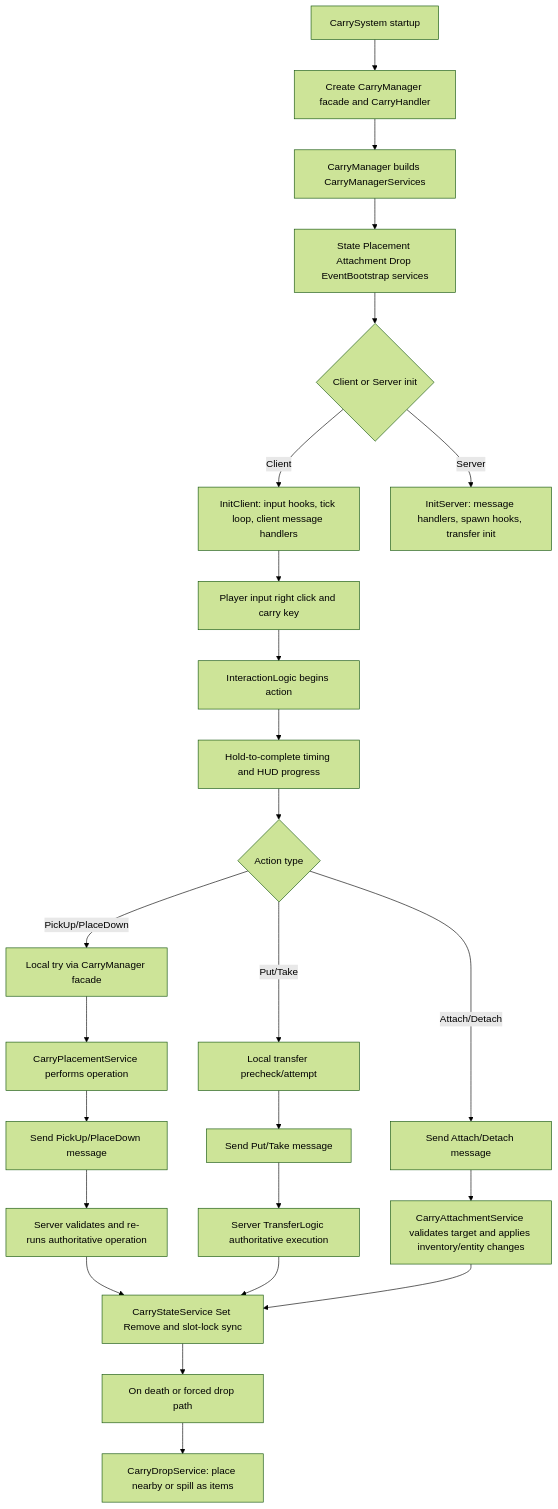
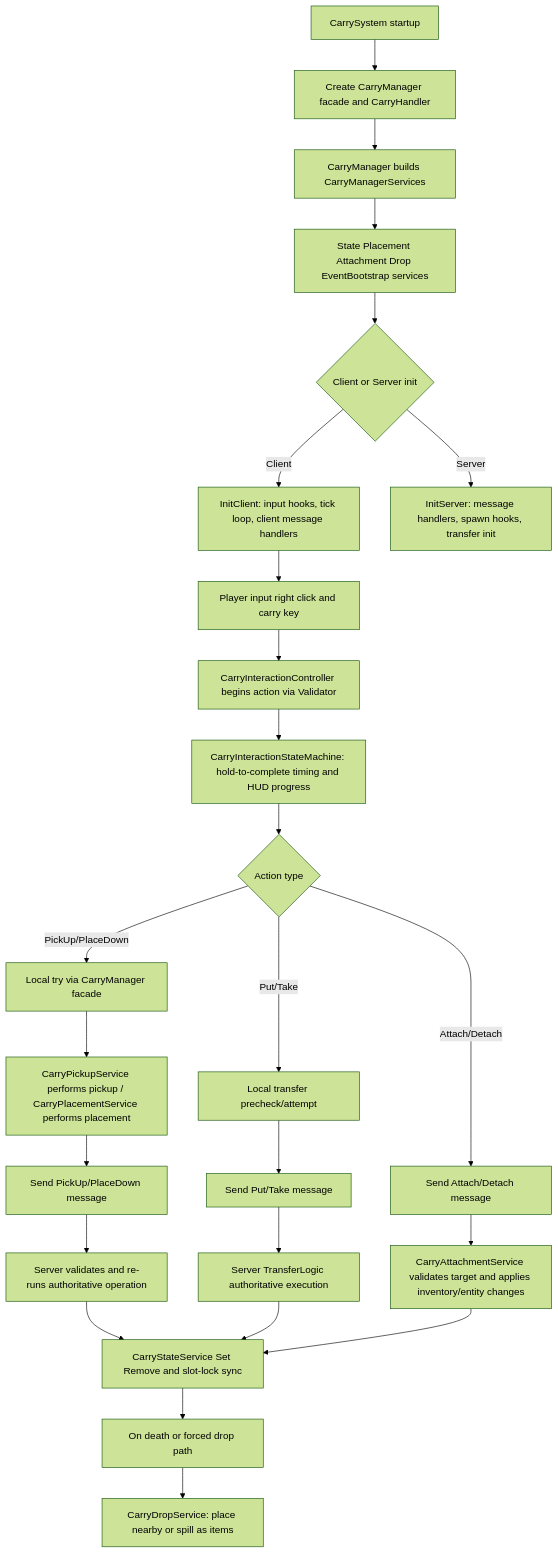
Before and after one commit to NerdScurvy/CarryOn: the diagram in docs/technical-overview/carry-manager-and-handlers.md, drawn with Mermaid (forest theme). The commit also changed other lines of this file and 85 other files, not shown here.

````diff
--- a/docs/technical-overview/carry-manager-and-handlers.md
+++ b/docs/technical-overview/carry-manager-and-handlers.md
@@ -292,33 +307,33 @@
 ```mermaid
 graph TD
   A[CarrySystem startup] --> B[Create CarryManager facade and CarryHandler]
   B --> B2[CarryManager builds CarryManagerServices]
   B2 --> B3[State Placement Attachment Drop EventBootstrap services]
   B3 --> C{Client or Server init}
   C -- Client --> D[InitClient: input hooks, tick loop, client message handlers]
   C -- Server --> E[InitServer: message handlers, spawn hooks, transfer init]
 
   D --> F[Player input right click and carry key]
-  F --> G[InteractionLogic begins action]
-  G --> H[Hold-to-complete timing and HUD progress]
+  F --> G[CarryInteractionController begins action via Validator]
+  G --> H[CarryInteractionStateMachine: hold-to-complete timing and HUD progress]
   H --> I{Action type}
 
   I -- PickUp/PlaceDown --> J[Local try via CarryManager facade]
-  J --> J2[CarryPlacementService performs operation]
+  J --> J2[CarryPickupService performs pickup / CarryPlacementService performs placement]
   J2 --> K[Send PickUp/PlaceDown message]
   K --> L[Server validates and re-runs authoritative operation]
 
   I -- Put/Take --> M[Local transfer precheck/attempt]
   M --> N[Send Put/Take message]
   N --> O[Server TransferLogic authoritative execution]
 
   I -- Attach/Detach --> P[Send Attach/Detach message]
   P --> Q[CarryAttachmentService validates target and applies inventory/entity changes]
 
   L --> R[CarryStateService Set Remove and slot-lock sync]
   O --> R
   Q --> R
 
   R --> S[On death or forced drop path]
   S --> T[CarryDropService: place nearby or spill as items]
 ```
````
